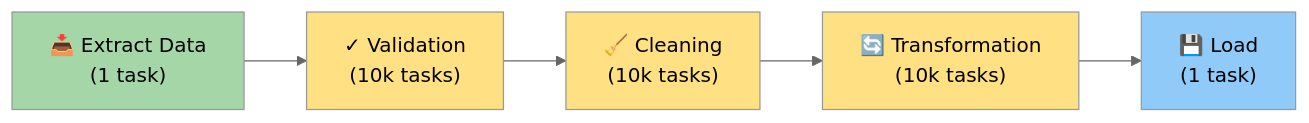
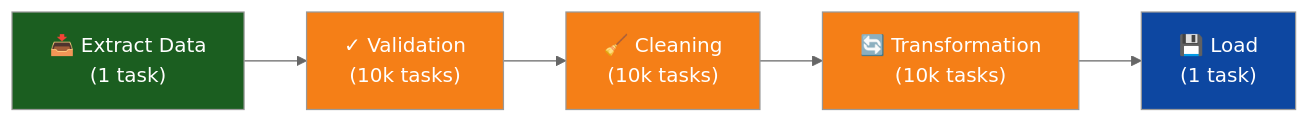
The third of 13 diagrams in README.md (Singularity-ng/singularity-workflows), drawn with Mermaid (neutral theme) before and after one commit. The commit also changed other lines of this file, not shown here.

First line of the commit message:
Improve Mermaid diagram contrast for dark GitHub theme

````diff
--- a/README.md
+++ b/README.md
@@ -94,13 +94,13 @@
 ```mermaid
 graph LR
     A["📥 Extract Data<br/>(1 task)"] --> B["✓ Validation<br/>(10k tasks)"]
     B --> C["🧹 Cleaning<br/>(10k tasks)"]
     C --> D["🔄 Transformation<br/>(10k tasks)"]
     D --> E["💾 Load<br/>(1 task)"]
 
-    style A fill:#A5D6A7
-    style B fill:#FFE082
-    style C fill:#FFE082
-    style D fill:#FFE082
-    style E fill:#90CAF9
+    style A fill:#1b5e20,color:#fff
+    style B fill:#f57f17,color:#fff
+    style C fill:#f57f17,color:#fff
+    style D fill:#f57f17,color:#fff
+    style E fill:#0d47a1,color:#fff
 ```
````
